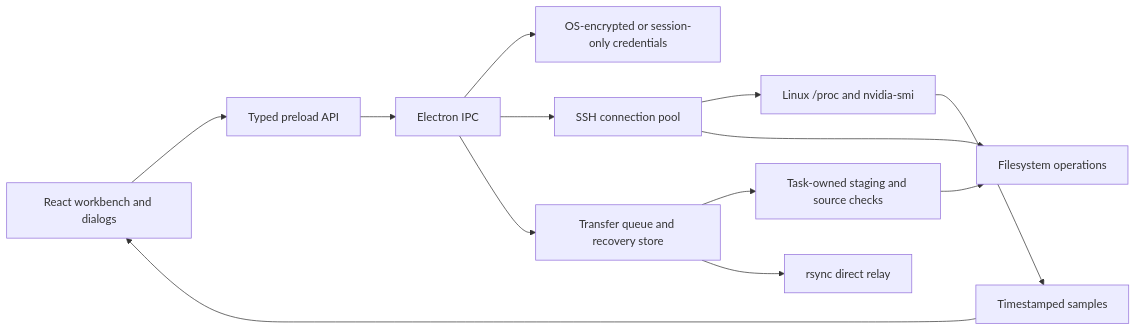
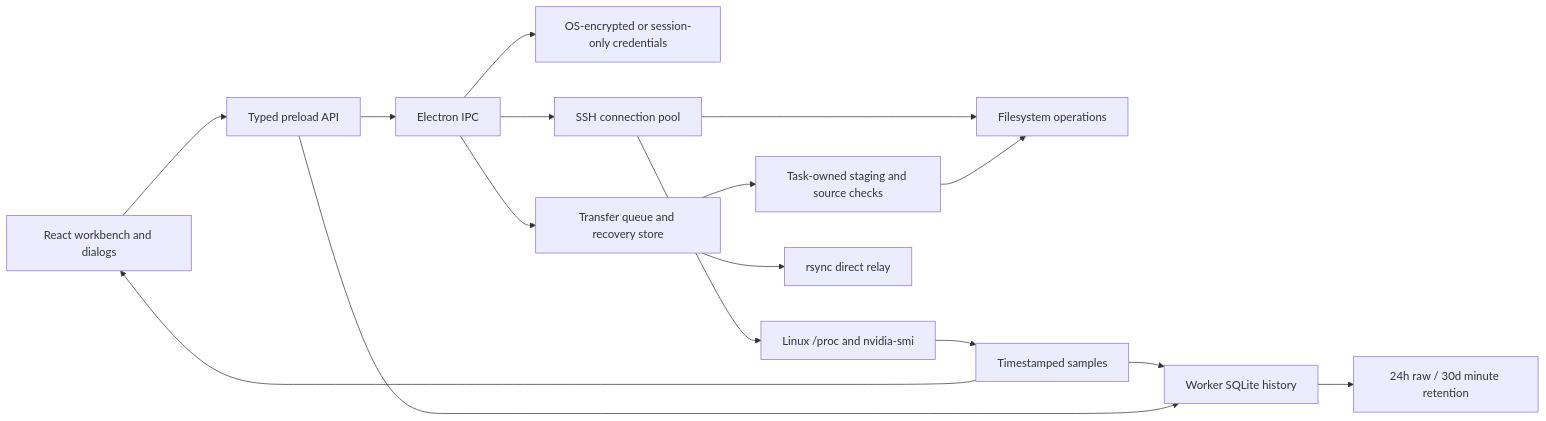
The diagram in docs/ARCHITECTURE.md (Moguifeng-9119/server-console), drawn with Mermaid before and after one commit. The commit also changed other lines of this file and 61 other files, not shown here.

````diff
--- a/docs/ARCHITECTURE.md
+++ b/docs/ARCHITECTURE.md
@@ -5,15 +5,18 @@
 ```mermaid
 flowchart LR
   UI[React workbench and dialogs] --> API[Typed preload API]
   API --> IPC[Electron IPC]
   IPC --> STORE[OS-encrypted or session-only credentials]
   IPC --> POOL[SSH connection pool]
   POOL --> MON[Linux /proc and nvidia-smi]
   POOL --> SFTP[Filesystem operations]
   IPC --> TASK[Transfer queue and recovery store]
   TASK --> STAGE[Task-owned staging and source checks]
   STAGE --> SFTP
   TASK --> DIRECT[rsync direct relay]
   MON --> SAMPLE[Timestamped samples]
   SAMPLE --> UI
+  SAMPLE --> HISTORY[Worker SQLite history]
+  HISTORY --> TTL[24h raw / 30d minute retention]
+  API --> HISTORY
 ```
````
